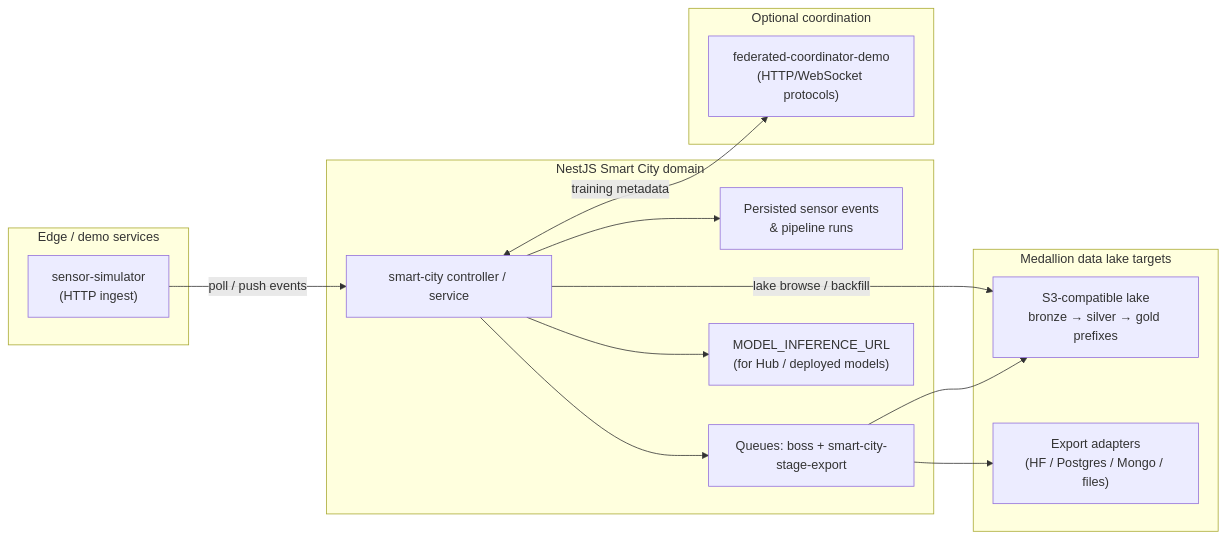
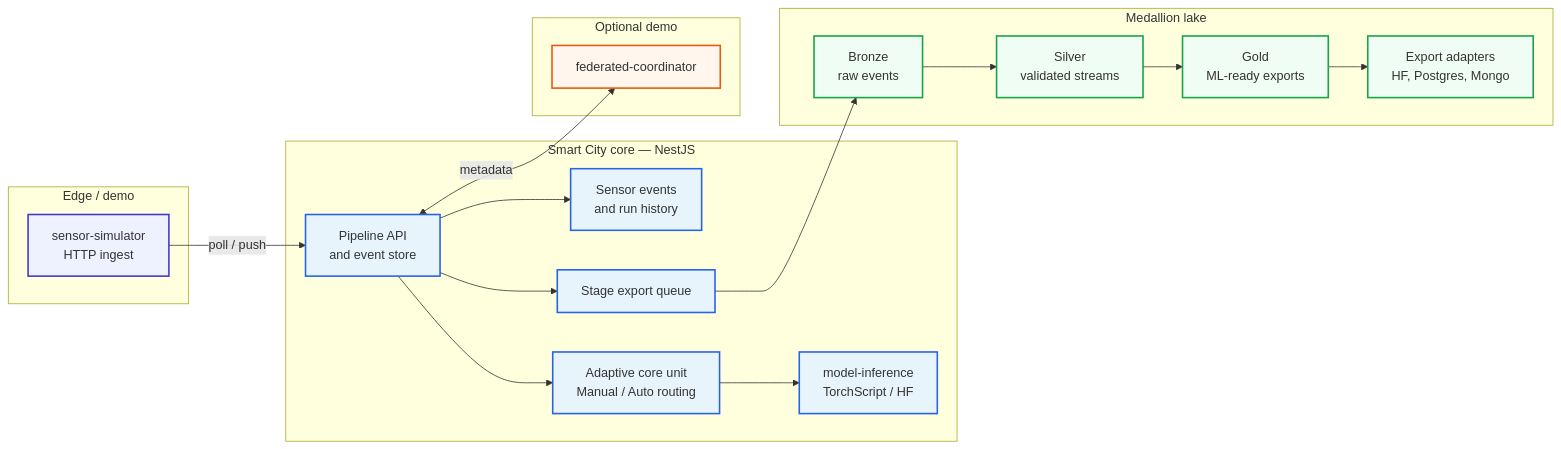
The diagram in thesis/figures/architecture/02-smart-city-streaming.mmd (maulerrr/flowmatic), drawn with Mermaid before and after one commit. The commit also changed 85 other files, not shown here.

```diff
--- a/thesis/figures/architecture/02-smart-city-streaming.mmd
+++ b/thesis/figures/architecture/02-smart-city-streaming.mmd
@@ -1,30 +1,44 @@
-%% Flowmatic Smart City workbench — streaming-ish path vs thesis Kafka diagram. Render: mmdc -i 02-smart-city-streaming.mmd -o 02-smart-city-streaming.png
+%% Flowmatic smart-city pipeline. Render: scripts/render-thesis-figures.ps1
 flowchart LR
-  subgraph edge["Edge / demo services"]
-    SIM["sensor-simulator\n(HTTP ingest)"]
+  subgraph edge["Edge / demo"]
+    SIM["sensor-simulator<br/>HTTP ingest"]
   end
 
-  subgraph core["NestJS Smart City domain"]
-    API["smart-city controller / service"]
-    EV["Persisted sensor events\n& pipeline runs"]
-    Q2["Queues: boss + smart-city-stage-export"]
-    INF["MODEL_INFERENCE_URL\n(for Hub / deployed models)"]
+  subgraph core["Smart City core — NestJS"]
+    API["Pipeline API<br/>and event store"]
+    EV["Sensor events<br/>and run history"]
+    ROUTE["Adaptive core unit<br/>Manual / Auto routing"]
+    INF["model-inference<br/>TorchScript / HF"]
+    Q2["Stage export queue"]
   end
 
-  subgraph federated_demo["Optional coordination"]
-    FED["federated-coordinator-demo\n(HTTP/WebSocket protocols)"]
+  subgraph lake["Medallion lake"]
+    BRZ["Bronze<br/>raw events"]
+    SLV["Silver<br/>validated streams"]
+    GLD["Gold<br/>ML-ready exports"]
+    ADP["Export adapters<br/>HF, Postgres, Mongo"]
   end
 
-  subgraph lake["Medallion data lake targets"]
-    S3LAK["S3-compatible lake\nbronze → silver → gold prefixes"]
-    ADP["Export adapters\n(HF / Postgres / Mongo / files)"]
+  subgraph opt["Optional demo"]
+    FED["federated-coordinator"]
   end
 
-  SIM -->|poll / push events| API
+  SIM -->|"poll / push"| API
   API --> EV
+  API --> ROUTE
+  ROUTE --> INF
   API --> Q2
-  API --> INF
-  API <-->|training metadata| FED
-  Q2 --> S3LAK
-  Q2 --> ADP
-  API -->|"lake browse / backfill"| S3LAK
+  Q2 --> BRZ
+  BRZ --> SLV
+  SLV --> GLD
+  GLD --> ADP
+  API <-->|metadata| FED
+
+  classDef edgeStyle fill:#EEF2FF,stroke:#4338CA,stroke-width:2px
+  classDef coreStyle fill:#E8F4FC,stroke:#2563EB,stroke-width:2px
+  classDef lakeStyle fill:#F0FDF4,stroke:#16A34A,stroke-width:2px
+  classDef optStyle fill:#FFF7ED,stroke:#EA580C,stroke-width:2px
+  class SIM edgeStyle
+  class API,EV,ROUTE,INF,Q2 coreStyle
+  class BRZ,SLV,GLD,ADP lakeStyle
+  class FED optStyle
```
